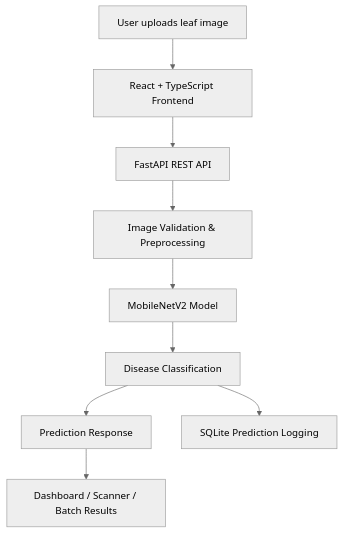
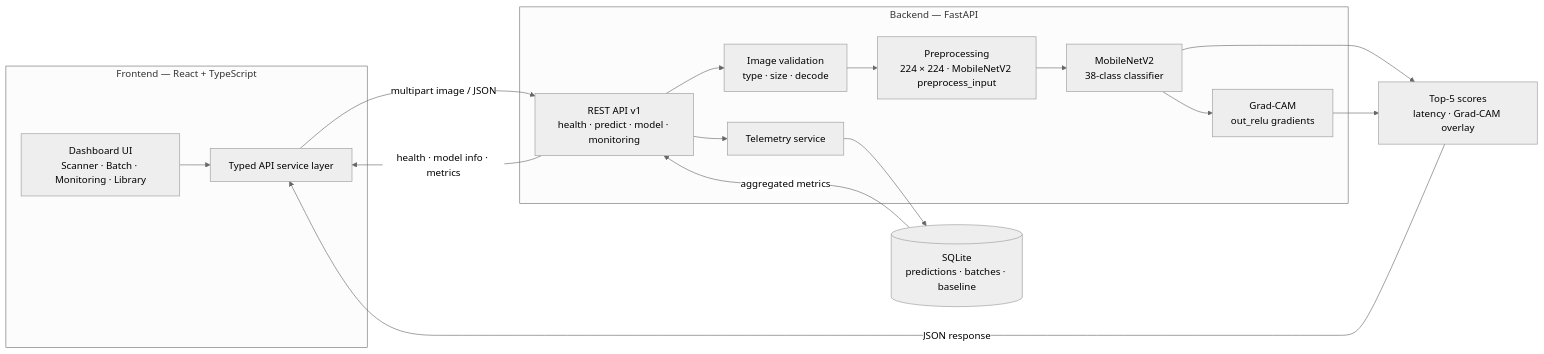
The diagram in README.md (akhil3145/vistara-ai), drawn with Mermaid (neutral theme) before and after one commit. The commit also changed other lines of this file and 15 other files, not shown here.

````diff
--- a/README.md
+++ b/README.md
@@ -105,11 +189,33 @@
 ```mermaid
-flowchart TD
-    A["User uploads leaf image"] --> B["React + TypeScript Frontend"]
-    B --> C["FastAPI REST API"]
-    C --> D["Image Validation & Preprocessing"]
-    D --> E["MobileNetV2 Model"]
-    E --> F["Disease Classification"]
-    F --> G["Prediction Response"]
-    G --> H["Dashboard / Scanner / Batch Results"]
-    F --> I["SQLite Prediction Logging"]
+flowchart LR
+    subgraph FE["Frontend — React + TypeScript"]
+        UI["Dashboard UI<br/>Scanner · Batch · Monitoring · Library"]
+        CLIENT["Typed API service layer"]
+    end
+
+    subgraph BE["Backend — FastAPI"]
+        ROUTES["REST API v1<br/>health · predict · model · monitoring"]
+        VALID["Image validation<br/>type · size · decode"]
+        PRE["Preprocessing<br/>224 × 224 · MobileNetV2 preprocess_input"]
+        MODEL["MobileNetV2<br/>38-class classifier"]
+        GRAD["Grad-CAM<br/>out_relu gradients"]
+        TELEM["Telemetry service"]
+    end
+
+    DB[("SQLite<br/>predictions · batches · baseline")]
+    OUT["Top-5 scores<br/>latency · Grad-CAM overlay"]
+
+    UI --> CLIENT
+    CLIENT -->|"multipart image / JSON"| ROUTES
+    ROUTES --> VALID
+    VALID --> PRE
+    PRE --> MODEL
+    MODEL --> OUT
+    MODEL --> GRAD
+    GRAD --> OUT
+    OUT -->|"JSON response"| CLIENT
+    ROUTES --> TELEM
+    TELEM --> DB
+    DB -->|"aggregated metrics"| ROUTES
+    ROUTES -->|"health · model info · metrics"| CLIENT
 ```
````
